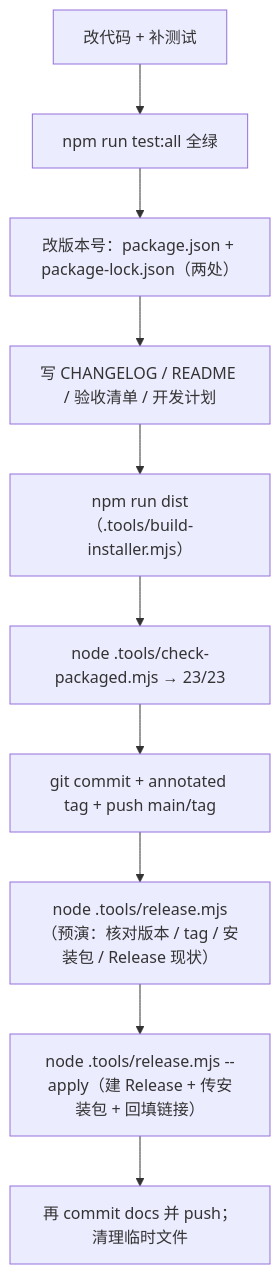
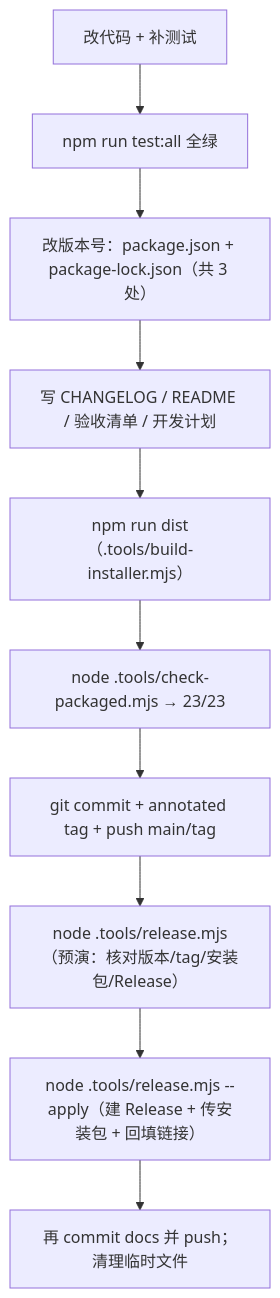
The fourth of 4 diagrams in DEVELOPER_GUIDE.md (x-000001/zhishiku), drawn with Mermaid before and after one commit. The commit also changed other lines of this file and 4 other files, not shown here.

````diff
--- a/DEVELOPER_GUIDE.md
+++ b/DEVELOPER_GUIDE.md
@@ -492,12 +530,12 @@
 ```mermaid
 flowchart TD
   A["改代码 + 补测试"] --> B["npm run test:all 全绿"]
-  B --> C["改版本号：package.json + package-lock.json（两处）"]
+  B --> C["改版本号：package.json + package-lock.json（共 3 处）"]
   C --> D["写 CHANGELOG / README / 验收清单 / 开发计划"]
   D --> E["npm run dist（.tools/build-installer.mjs）"]
   E --> F["node .tools/check-packaged.mjs → 23/23"]
   F --> G["git commit + annotated tag + push main/tag"]
-  G --> H["node .tools/release.mjs（预演：核对版本 / tag / 安装包 / Release 现状）"]
+  G --> H["node .tools/release.mjs（预演：核对版本/tag/安装包/Release）"]
   H --> I["node .tools/release.mjs --apply（建 Release + 传安装包 + 回填链接）"]
   I --> J["再 commit docs 并 push；清理临时文件"]
 ```
````
